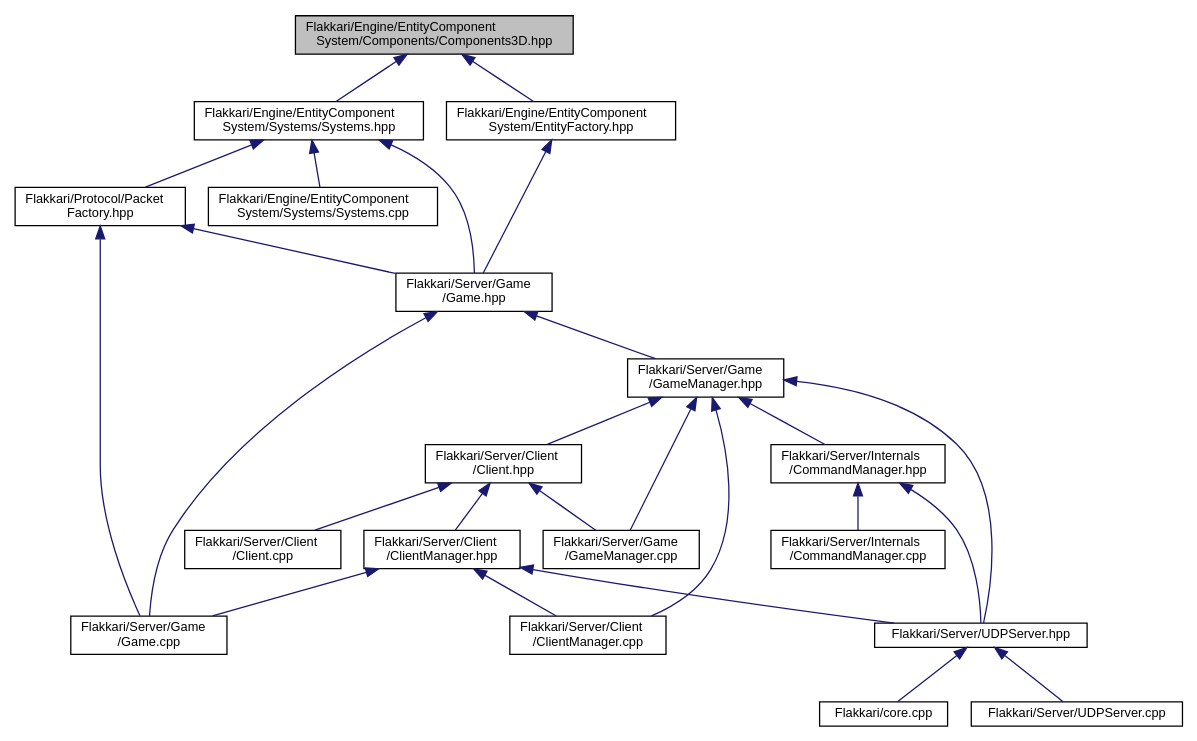
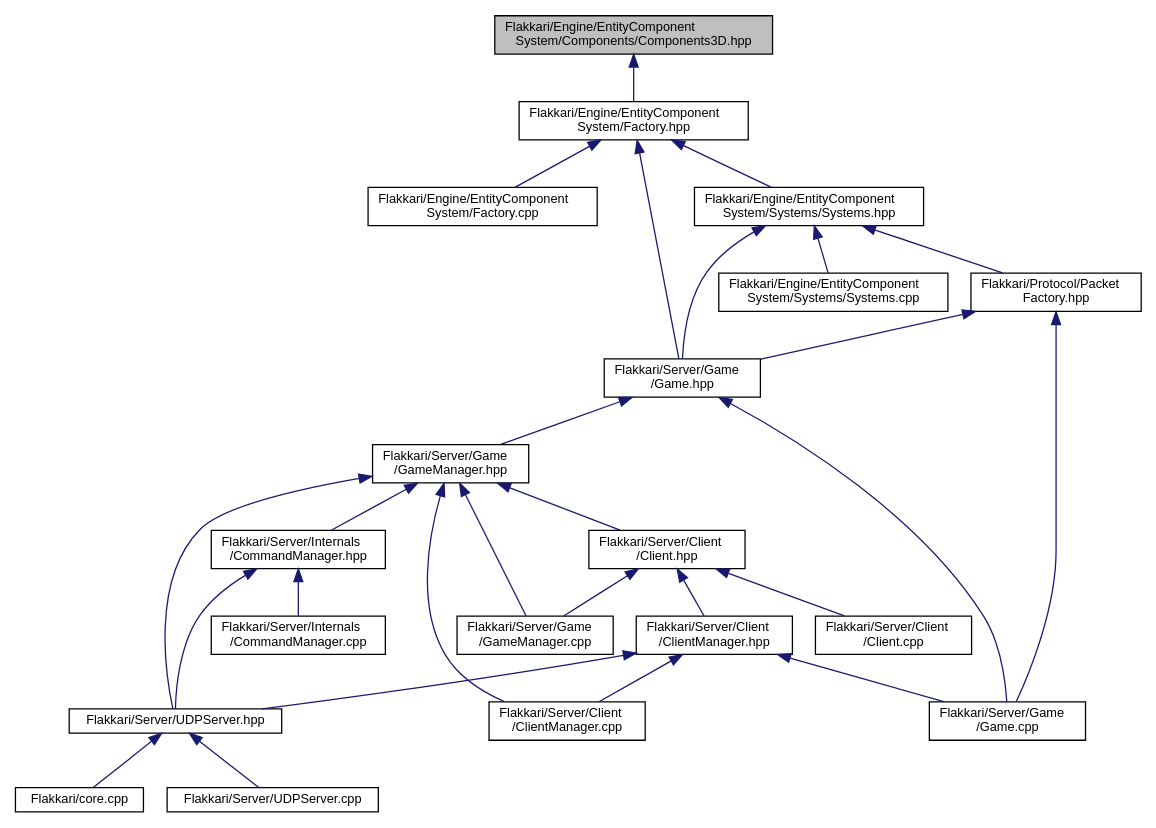
The diagram in d2/dbe/Components3D_8hpp__dep__incl.dot (MasterLaplace/flakkari), drawn with Graphviz before and after one commit. The commit also changed 525 other files, not shown here.

```diff
--- a/d2/dbe/Components3D_8hpp__dep__incl.dot
+++ b/d2/dbe/Components3D_8hpp__dep__incl.dot
@@ -1,49 +1,51 @@
 digraph "Flakkari/Engine/EntityComponentSystem/Components/Components3D.hpp"
 {
  // LATEX_PDF_SIZE
   edge [fontname="Helvetica",fontsize="10",labelfontname="Helvetica",labelfontsize="10"];
   node [fontname="Helvetica",fontsize="10",shape=record];
   Node1 [label="Flakkari/Engine/EntityComponent\lSystem/Components/Components3D.hpp",height=0.2,width=0.4,color="black", fillcolor="grey75", style="filled", fontcolor="black",tooltip=" "];
   Node1 -> Node2 [dir="back",color="midnightblue",fontsize="10",style="solid",fontname="Helvetica"];
-  Node2 [label="Flakkari/Engine/EntityComponent\lSystem/EntityFactory.hpp",height=0.2,width=0.4,color="black", fillcolor="white", style="filled",URL="$db/deb/EntityFactory_8hpp.html",tooltip=" "];
+  Node2 [label="Flakkari/Engine/EntityComponent\lSystem/Factory.hpp",height=0.2,width=0.4,color="black", fillcolor="white", style="filled",URL="$d5/d03/Factory_8hpp.html",tooltip=" "];
   Node2 -> Node3 [dir="back",color="midnightblue",fontsize="10",style="solid",fontname="Helvetica"];
-  Node3 [label="Flakkari/Server/Game\l/Game.hpp",height=0.2,width=0.4,color="black", fillcolor="white", style="filled",URL="$d5/d4b/Game_8hpp.html",tooltip=" "];
-  Node3 -> Node4 [dir="back",color="midnightblue",fontsize="10",style="solid",fontname="Helvetica"];
-  Node4 [label="Flakkari/Server/Game\l/Game.cpp",height=0.2,width=0.4,color="black", fillcolor="white", style="filled",URL="$d0/dc4/Game_8cpp.html",tooltip=" "];
-  Node3 -> Node5 [dir="back",color="midnightblue",fontsize="10",style="solid",fontname="Helvetica"];
-  Node5 [label="Flakkari/Server/Game\l/GameManager.hpp",height=0.2,width=0.4,color="black", fillcolor="white", style="filled",URL="$d6/d27/GameManager_8hpp.html",tooltip=" "];
-  Node5 -> Node6 [dir="back",color="midnightblue",fontsize="10",style="solid",fontname="Helvetica"];
-  Node6 [label="Flakkari/Server/Client\l/Client.hpp",height=0.2,width=0.4,color="black", fillcolor="white", style="filled",URL="$d3/d8e/Client_8hpp.html",tooltip=" "];
+  Node3 [label="Flakkari/Engine/EntityComponent\lSystem/Factory.cpp",height=0.2,width=0.4,color="black", fillcolor="white", style="filled",URL="$d8/d5f/Factory_8cpp.html",tooltip=" "];
+  Node2 -> Node4 [dir="back",color="midnightblue",fontsize="10",style="solid",fontname="Helvetica"];
+  Node4 [label="Flakkari/Engine/EntityComponent\lSystem/Systems/Systems.hpp",height=0.2,width=0.4,color="black", fillcolor="white", style="filled",URL="$d8/d3d/Systems_8hpp.html",tooltip=" "];
+  Node4 -> Node5 [dir="back",color="midnightblue",fontsize="10",style="solid",fontname="Helvetica"];
+  Node5 [label="Flakkari/Engine/EntityComponent\lSystem/Systems/Systems.cpp",height=0.2,width=0.4,color="black", fillcolor="white", style="filled",URL="$d1/da0/Systems_8cpp.html",tooltip=" "];
+  Node4 -> Node6 [dir="back",color="midnightblue",fontsize="10",style="solid",fontname="Helvetica"];
+  Node6 [label="Flakkari/Protocol/Packet\lFactory.hpp",height=0.2,width=0.4,color="black", fillcolor="white", style="filled",URL="$d7/d61/PacketFactory_8hpp.html",tooltip=" "];
   Node6 -> Node7 [dir="back",color="midnightblue",fontsize="10",style="solid",fontname="Helvetica"];
-  Node7 [label="Flakkari/Server/Client\l/Client.cpp",height=0.2,width=0.4,color="black", fillcolor="white", style="filled",URL="$dc/d4f/Client_8cpp.html",tooltip=" "];
+  Node7 [label="Flakkari/Server/Game\l/Game.cpp",height=0.2,width=0.4,color="black", fillcolor="white", style="filled",URL="$d0/dc4/Game_8cpp.html",tooltip=" "];
   Node6 -> Node8 [dir="back",color="midnightblue",fontsize="10",style="solid",fontname="Helvetica"];
-  Node8 [label="Flakkari/Server/Client\l/ClientManager.hpp",height=0.2,width=0.4,color="black", fillcolor="white", style="filled",URL="$d8/dff/ClientManager_8hpp.html",tooltip=" "];
+  Node8 [label="Flakkari/Server/Game\l/Game.hpp",height=0.2,width=0.4,color="black", fillcolor="white", style="filled",URL="$d5/d4b/Game_8hpp.html",tooltip=" "];
+  Node8 -> Node7 [dir="back",color="midnightblue",fontsize="10",style="solid",fontname="Helvetica"];
   Node8 -> Node9 [dir="back",color="midnightblue",fontsize="10",style="solid",fontname="Helvetica"];
-  Node9 [label="Flakkari/Server/Client\l/ClientManager.cpp",height=0.2,width=0.4,color="black", fillcolor="white", style="filled",URL="$d9/d36/ClientManager_8cpp.html",tooltip=" "];
-  Node8 -> Node4 [dir="back",color="midnightblue",fontsize="10",style="solid",fontname="Helvetica"];
-  Node8 -> Node10 [dir="back",color="midnightblue",fontsize="10",style="solid",fontname="Helvetica"];
-  Node10 [label="Flakkari/Server/UDPServer.hpp",height=0.2,width=0.4,color="black", fillcolor="white", style="filled",URL="$d6/de9/UDPServer_8hpp.html",tooltip=" "];
+  Node9 [label="Flakkari/Server/Game\l/GameManager.hpp",height=0.2,width=0.4,color="black", fillcolor="white", style="filled",URL="$d6/d27/GameManager_8hpp.html",tooltip=" "];
+  Node9 -> Node10 [dir="back",color="midnightblue",fontsize="10",style="solid",fontname="Helvetica"];
+  Node10 [label="Flakkari/Server/Client\l/Client.hpp",height=0.2,width=0.4,color="black", fillcolor="white", style="filled",URL="$d3/d8e/Client_8hpp.html",tooltip=" "];
   Node10 -> Node11 [dir="back",color="midnightblue",fontsize="10",style="solid",fontname="Helvetica"];
-  Node11 [label="Flakkari/core.cpp",height=0.2,width=0.4,color="black", fillcolor="white", style="filled",URL="$da/de0/core_8cpp.html",tooltip=" "];
+  Node11 [label="Flakkari/Server/Client\l/Client.cpp",height=0.2,width=0.4,color="black", fillcolor="white", style="filled",URL="$dc/d4f/Client_8cpp.html",tooltip=" "];
   Node10 -> Node12 [dir="back",color="midnightblue",fontsize="10",style="solid",fontname="Helvetica"];
-  Node12 [label="Flakkari/Server/UDPServer.cpp",height=0.2,width=0.4,color="black", fillcolor="white", style="filled",URL="$dd/dae/UDPServer_8cpp.html",tooltip=" "];
-  Node6 -> Node13 [dir="back",color="midnightblue",fontsize="10",style="solid",fontname="Helvetica"];
-  Node13 [label="Flakkari/Server/Game\l/GameManager.cpp",height=0.2,width=0.4,color="black", fillcolor="white", style="filled",URL="$dc/dd7/GameManager_8cpp.html",tooltip=" "];
-  Node5 -> Node9 [dir="back",color="midnightblue",fontsize="10",style="solid",fontname="Helvetica"];
-  Node5 -> Node13 [dir="back",color="midnightblue",fontsize="10",style="solid",fontname="Helvetica"];
-  Node5 -> Node14 [dir="back",color="midnightblue",fontsize="10",style="solid",fontname="Helvetica"];
-  Node14 [label="Flakkari/Server/Internals\l/CommandManager.hpp",height=0.2,width=0.4,color="black", fillcolor="white", style="filled",URL="$d9/dae/CommandManager_8hpp.html",tooltip=" "];
+  Node12 [label="Flakkari/Server/Client\l/ClientManager.hpp",height=0.2,width=0.4,color="black", fillcolor="white", style="filled",URL="$d8/dff/ClientManager_8hpp.html",tooltip=" "];
+  Node12 -> Node13 [dir="back",color="midnightblue",fontsize="10",style="solid",fontname="Helvetica"];
+  Node13 [label="Flakkari/Server/Client\l/ClientManager.cpp",height=0.2,width=0.4,color="black", fillcolor="white", style="filled",URL="$d9/d36/ClientManager_8cpp.html",tooltip=" "];
+  Node12 -> Node7 [dir="back",color="midnightblue",fontsize="10",style="solid",fontname="Helvetica"];
+  Node12 -> Node14 [dir="back",color="midnightblue",fontsize="10",style="solid",fontname="Helvetica"];
+  Node14 [label="Flakkari/Server/UDPServer.hpp",height=0.2,width=0.4,color="black", fillcolor="white", style="filled",URL="$d6/de9/UDPServer_8hpp.html",tooltip=" "];
   Node14 -> Node15 [dir="back",color="midnightblue",fontsize="10",style="solid",fontname="Helvetica"];
-  Node15 [label="Flakkari/Server/Internals\l/CommandManager.cpp",height=0.2,width=0.4,color="black", fillcolor="white", style="filled",URL="$d4/dea/CommandManager_8cpp.html",tooltip=" "];
-  Node14 -> Node10 [dir="back",color="midnightblue",fontsize="10",style="solid",fontname="Helvetica"];
-  Node5 -> Node10 [dir="back",color="midnightblue",fontsize="10",style="solid",fontname="Helvetica"];
-  Node1 -> Node16 [dir="back",color="midnightblue",fontsize="10",style="solid",fontname="Helvetica"];
-  Node16 [label="Flakkari/Engine/EntityComponent\lSystem/Systems/Systems.hpp",height=0.2,width=0.4,color="black", fillcolor="white", style="filled",URL="$d8/d3d/Systems_8hpp.html",tooltip=" "];
-  Node16 -> Node17 [dir="back",color="midnightblue",fontsize="10",style="solid",fontname="Helvetica"];
-  Node17 [label="Flakkari/Engine/EntityComponent\lSystem/Systems/Systems.cpp",height=0.2,width=0.4,color="black", fillcolor="white", style="filled",URL="$d1/da0/Systems_8cpp.html",tooltip=" "];
-  Node16 -> Node18 [dir="back",color="midnightblue",fontsize="10",style="solid",fontname="Helvetica"];
-  Node18 [label="Flakkari/Protocol/Packet\lFactory.hpp",height=0.2,width=0.4,color="black", fillcolor="white", style="filled",URL="$d7/d61/PacketFactory_8hpp.html",tooltip=" "];
-  Node18 -> Node4 [dir="back",color="midnightblue",fontsize="10",style="solid",fontname="Helvetica"];
-  Node18 -> Node3 [dir="back",color="midnightblue",fontsize="10",style="solid",fontname="Helvetica"];
-  Node16 -> Node3 [dir="back",color="midnightblue",fontsize="10",style="solid",fontname="Helvetica"];
+  Node15 [label="Flakkari/core.cpp",height=0.2,width=0.4,color="black", fillcolor="white", style="filled",URL="$da/de0/core_8cpp.html",tooltip=" "];
+  Node14 -> Node16 [dir="back",color="midnightblue",fontsize="10",style="solid",fontname="Helvetica"];
+  Node16 [label="Flakkari/Server/UDPServer.cpp",height=0.2,width=0.4,color="black", fillcolor="white", style="filled",URL="$dd/dae/UDPServer_8cpp.html",tooltip=" "];
+  Node10 -> Node17 [dir="back",color="midnightblue",fontsize="10",style="solid",fontname="Helvetica"];
+  Node17 [label="Flakkari/Server/Game\l/GameManager.cpp",height=0.2,width=0.4,color="black", fillcolor="white", style="filled",URL="$dc/dd7/GameManager_8cpp.html",tooltip=" "];
+  Node9 -> Node13 [dir="back",color="midnightblue",fontsize="10",style="solid",fontname="Helvetica"];
+  Node9 -> Node17 [dir="back",color="midnightblue",fontsize="10",style="solid",fontname="Helvetica"];
+  Node9 -> Node18 [dir="back",color="midnightblue",fontsize="10",style="solid",fontname="Helvetica"];
+  Node18 [label="Flakkari/Server/Internals\l/CommandManager.hpp",height=0.2,width=0.4,color="black", fillcolor="white", style="filled",URL="$d9/dae/CommandManager_8hpp.html",tooltip=" "];
+  Node18 -> Node19 [dir="back",color="midnightblue",fontsize="10",style="solid",fontname="Helvetica"];
+  Node19 [label="Flakkari/Server/Internals\l/CommandManager.cpp",height=0.2,width=0.4,color="black", fillcolor="white", style="filled",URL="$d4/dea/CommandManager_8cpp.html",tooltip=" "];
+  Node18 -> Node14 [dir="back",color="midnightblue",fontsize="10",style="solid",fontname="Helvetica"];
+  Node9 -> Node14 [dir="back",color="midnightblue",fontsize="10",style="solid",fontname="Helvetica"];
+  Node4 -> Node8 [dir="back",color="midnightblue",fontsize="10",style="solid",fontname="Helvetica"];
+  Node2 -> Node8 [dir="back",color="midnightblue",fontsize="10",style="solid",fontname="Helvetica"];
 }
```
